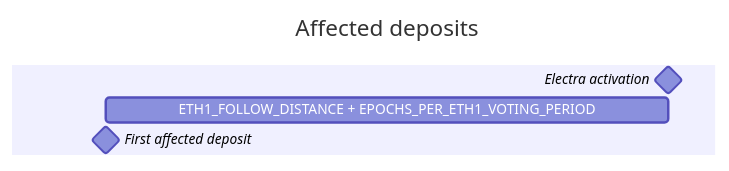
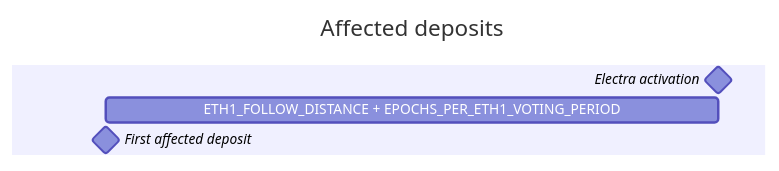
Before and after one commit to Hawthorne001/lido-improvement-proposals: the third of 4 diagrams in LIPS/lip-27.md, drawn with Mermaid. The commit also changed other lines of this file, not shown here.

````diff
--- a/LIPS/lip-27.md
+++ b/LIPS/lip-27.md
@@ -165,18 +165,18 @@
 ```mermaid
 ---
 config:
   gantt:
-    useWidth: 600
+    useWidth: 640
     useMaxWidth: false
 ---
 gantt
   title Affected deposits
   dateFormat HH:mm
   axisFormat %
   todayMarker off
   tickInterval 12month
 
   Electra activation      : milestone, 14:48, 0m
   ETH1_FOLLOW_DISTANCE + EPOCHS_PER_ETH1_VOTING_PERIOD : 00:00, 14.8h
   First affected deposit  : milestone, 00:00, 0m
 ```
````
